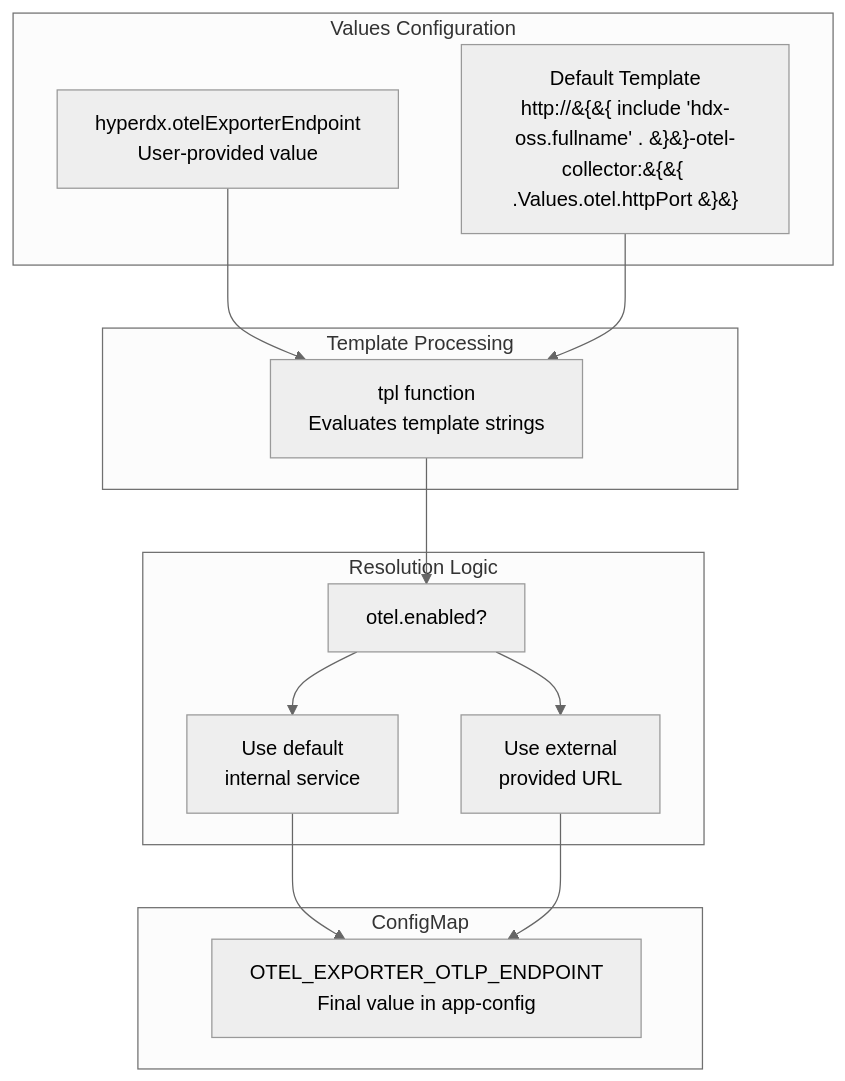
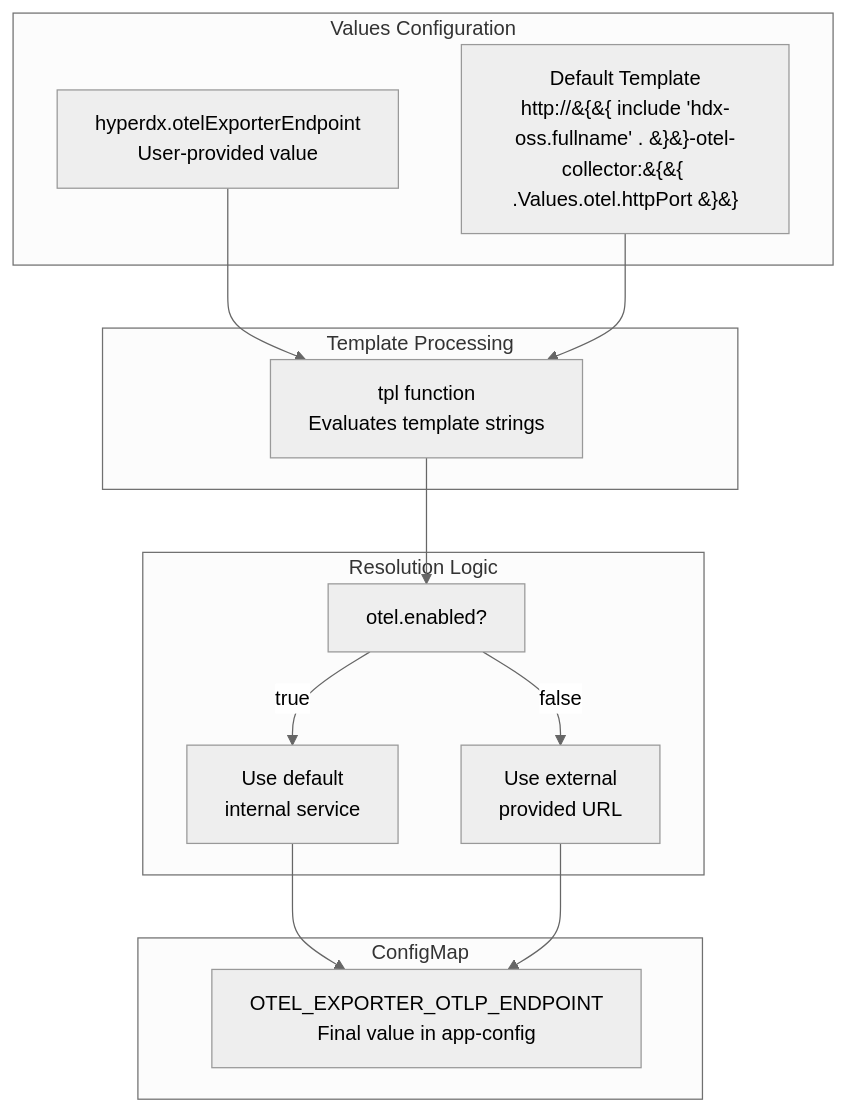
The third of 3 diagrams in docs/hyperdxio-helm-charts-docs/External-OTEL-Collector.md (openchoreo/openchoreo), drawn with Mermaid (neutral theme) before and after one commit. The commit also changed other lines of this file and 85 other files, not shown here.

Commit message:
feat: Add new workflow and specification templates, update Helm chart dependencies, and clarify documentation diagrams.

````diff
--- a/docs/hyperdxio-helm-charts-docs/External-OTEL-Collector.md
+++ b/docs/hyperdxio-helm-charts-docs/External-OTEL-Collector.md
@@ -180,38 +180,38 @@
 ```mermaid
 flowchart TD
 
 UserValue["hyperdx.otelExporterEndpoint<br>User-provided value"]
 DefaultValue["Default Template<br>http://&{&{ include 'hdx-oss.fullname' . &}&}-otel-collector:&{&{ .Values.otel.httpPort &}&}"]
 TplFunc["tpl function<br>Evaluates template strings"]
 EnvVar["OTEL_EXPORTER_OTLP_ENDPOINT<br>Final value in app-config"]
 OtelEnabled["otel.enabled?"]
 UseDefault["Use default<br>internal service"]
 UseExternal["Use external<br>provided URL"]
 
 UserValue --> TplFunc
 DefaultValue --> TplFunc
 TplFunc --> OtelEnabled
 UseDefault --> EnvVar
 UseExternal --> EnvVar
 
 subgraph subGraph3 ["Resolution Logic"]
     OtelEnabled
     UseDefault
     UseExternal
-    OtelEnabled --> UseDefault
-    OtelEnabled --> UseExternal
+    OtelEnabled -->|"true"| UseDefault
+    OtelEnabled -->|"false"| UseExternal
 end
 
 subgraph ConfigMap ["ConfigMap"]
     EnvVar
 end
 
 subgraph subGraph1 ["Template Processing"]
     TplFunc
 end
 
 subgraph subGraph0 ["Values Configuration"]
     UserValue
     DefaultValue
 end
 ```
````
